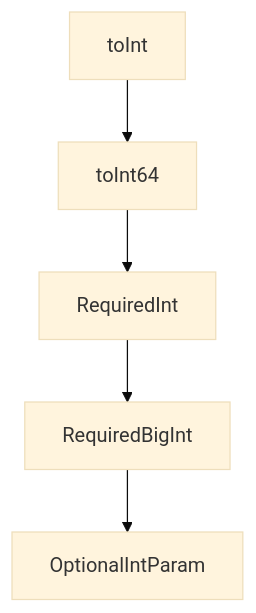
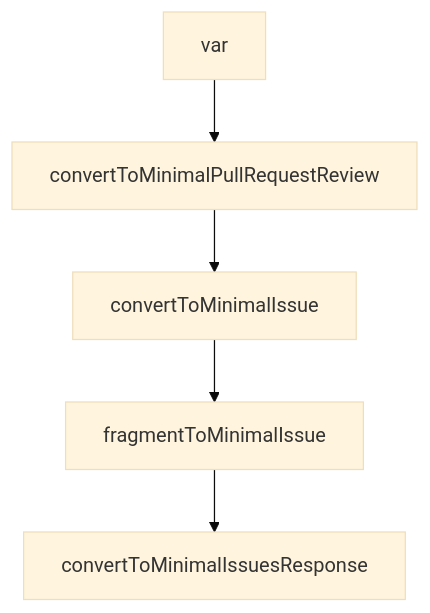
The diagram in tutorials/github-mcp-server-tutorial/05-host-integration-patterns.md (johnxie/awesome-code-docs), drawn with Mermaid (base theme) before and after one commit. The commit also changed other lines of this file and 1232 other files, not shown here.

````diff
--- a/tutorials/github-mcp-server-tutorial/05-host-integration-patterns.md
+++ b/tutorials/github-mcp-server-tutorial/05-host-integration-patterns.md
@@ -217,12 +215,12 @@
 ```mermaid
 flowchart TD
-    A[toInt]
-    B[toInt64]
-    C[RequiredInt]
-    D[RequiredBigInt]
-    E[OptionalIntParam]
+    A[var]
+    B[convertToMinimalPullRequestReview]
+    C[convertToMinimalIssue]
+    D[fragmentToMinimalIssue]
+    E[convertToMinimalIssuesResponse]
     A --> B
     B --> C
     C --> D
     D --> E
 ```
````
